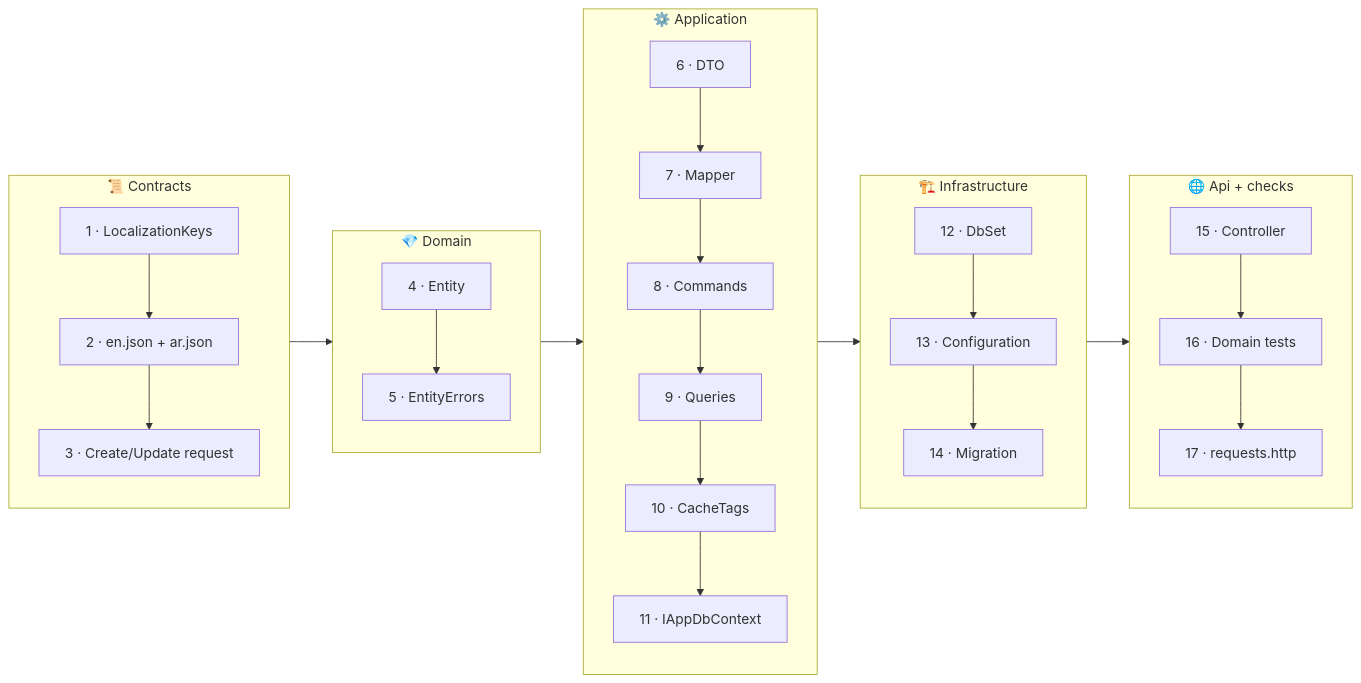
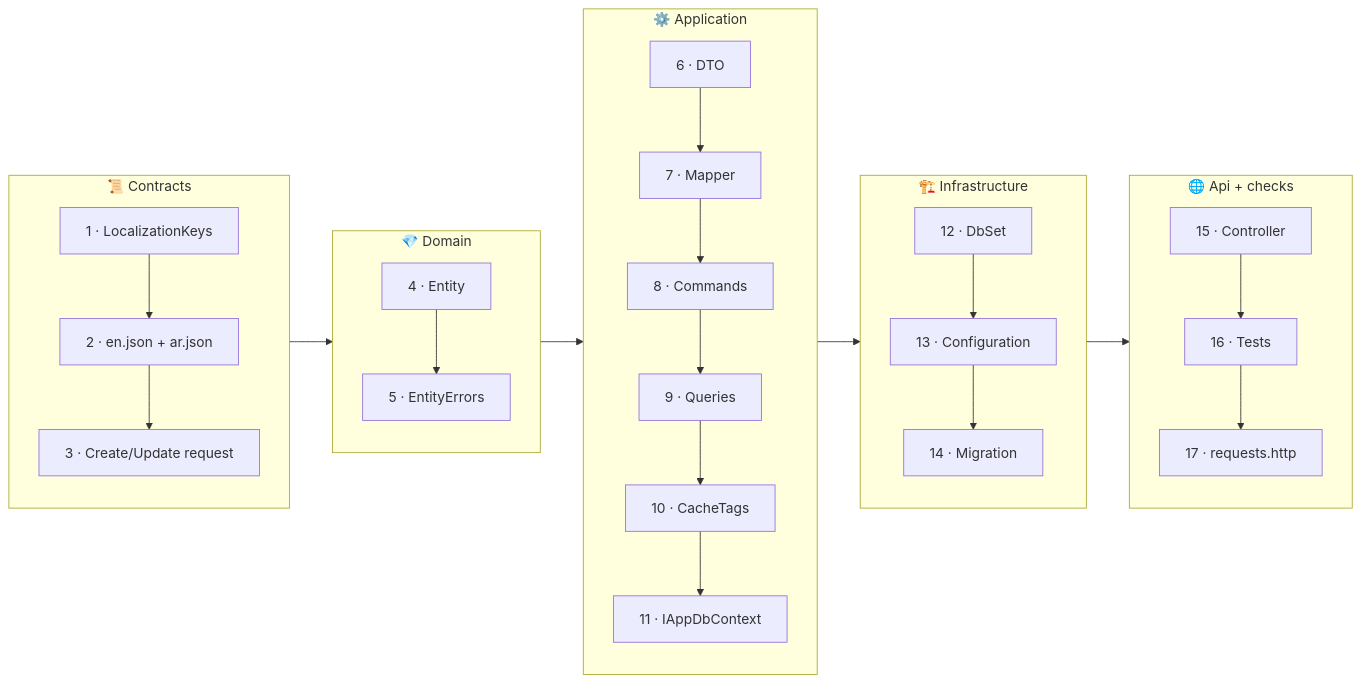
One commit to fat7i-alghareeb/BackEnd_templete changed diagram 11 of 13 in docs/SHOWCASE.md. Above: the diagram before and after it, drawn with Mermaid. The commit also changed other lines of this file and 49 other files, not shown here.

````diff
--- a/docs/SHOWCASE.md
+++ b/docs/SHOWCASE.md
@@ -547,24 +592,24 @@
 ```mermaid
 flowchart LR
     subgraph S1["📜 Contracts"]
       direction TB
       a1["1 · LocalizationKeys"] --> a2["2 · en.json + ar.json"] --> a3["3 · Create/Update request"]
     end
     subgraph S2["💎 Domain"]
       direction TB
       b1["4 · Entity"] --> b2["5 · EntityErrors"]
     end
     subgraph S3["⚙️ Application"]
       direction TB
       c1["6 · DTO"] --> c2["7 · Mapper"] --> c3["8 · Commands"] --> c4["9 · Queries"] --> c5["10 · CacheTags"] --> c6["11 · IAppDbContext"]
     end
     subgraph S4["🏗️ Infrastructure"]
       direction TB
       d1["12 · DbSet"] --> d2["13 · Configuration"] --> d3["14 · Migration"]
     end
     subgraph S5["🌐 Api + checks"]
       direction TB
-      e1["15 · Controller"] --> e2["16 · Domain tests"] --> e3["17 · requests.http"]
+      e1["15 · Controller"] --> e2["16 · Tests"] --> e3["17 · requests.http"]
     end
     S1 --> S2 --> S3 --> S4 --> S5
 ```
````
